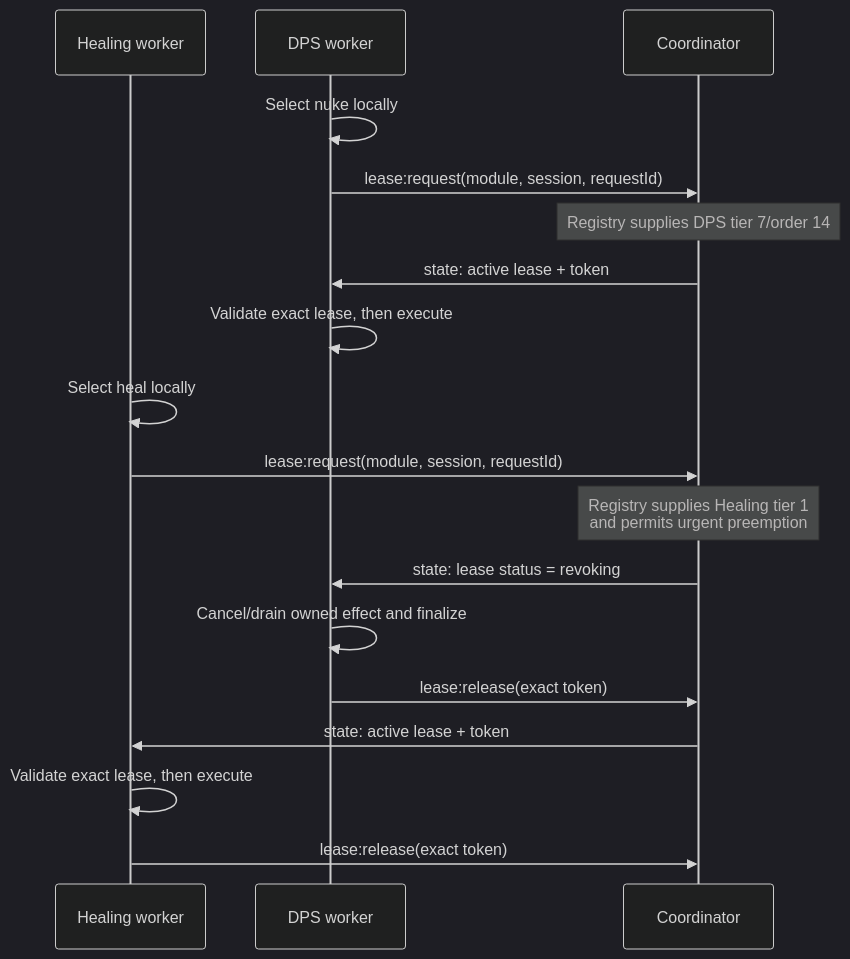
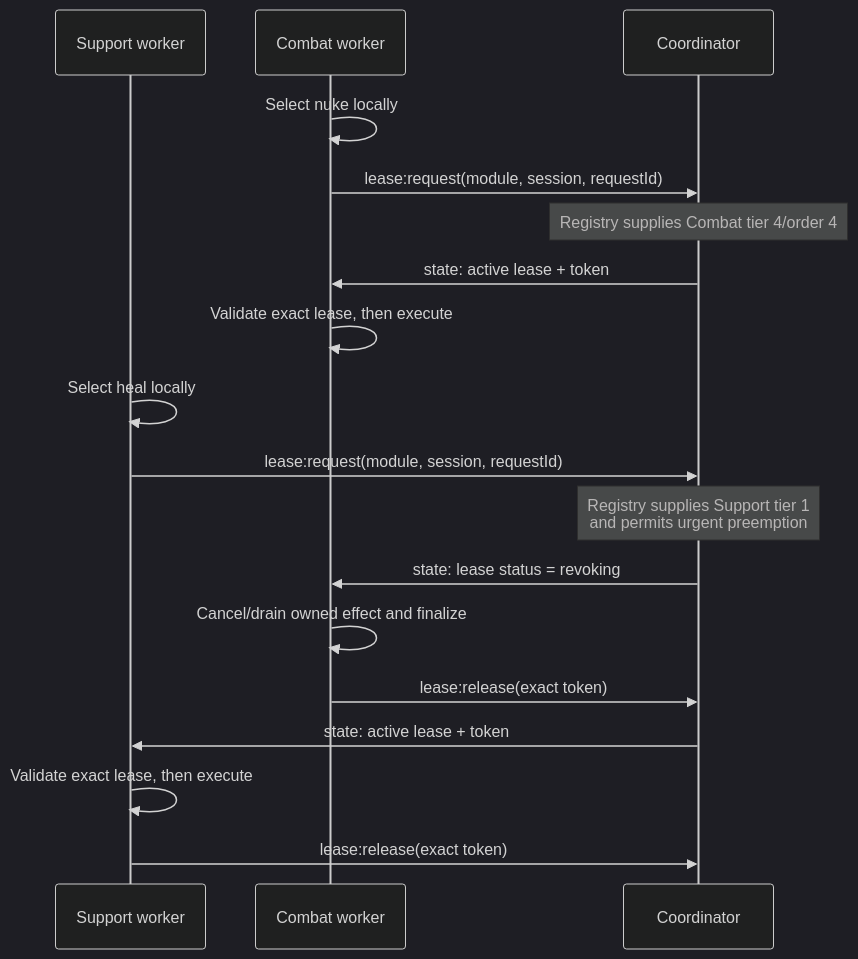
The third of 9 diagrams in docs/USER_GUIDE.md (daly101010/sidekick-next), drawn with Mermaid (dark theme) before and after one commit. The commit also changed other lines of this file and 115 other files, not shown here.

````diff
--- a/docs/USER_GUIDE.md
+++ b/docs/USER_GUIDE.md
@@ -657,22 +743,22 @@
 ```mermaid
 sequenceDiagram
-    participant H as Healing worker
-    participant D as DPS worker
+    participant H as Support worker
+    participant D as Combat worker
     participant C as Coordinator
 
     D->>D: Select nuke locally
     D->>C: lease:request(module, session, requestId)
-    Note over C: Registry supplies DPS tier 7/order 14
+    Note over C: Registry supplies Combat tier 4/order 4
     C->>D: state: active lease + token
     D->>D: Validate exact lease, then execute
 
     H->>H: Select heal locally
     H->>C: lease:request(module, session, requestId)
-    Note over C: Registry supplies Healing tier 1<br/>and permits urgent preemption
+    Note over C: Registry supplies Support tier 1<br/>and permits urgent preemption
     C->>D: state: lease status = revoking
     D->>D: Cancel/drain owned effect and finalize
     D->>C: lease:release(exact token)
     C->>H: state: active lease + token
     H->>H: Validate exact lease, then execute
     H->>C: lease:release(exact token)
 ```
````
